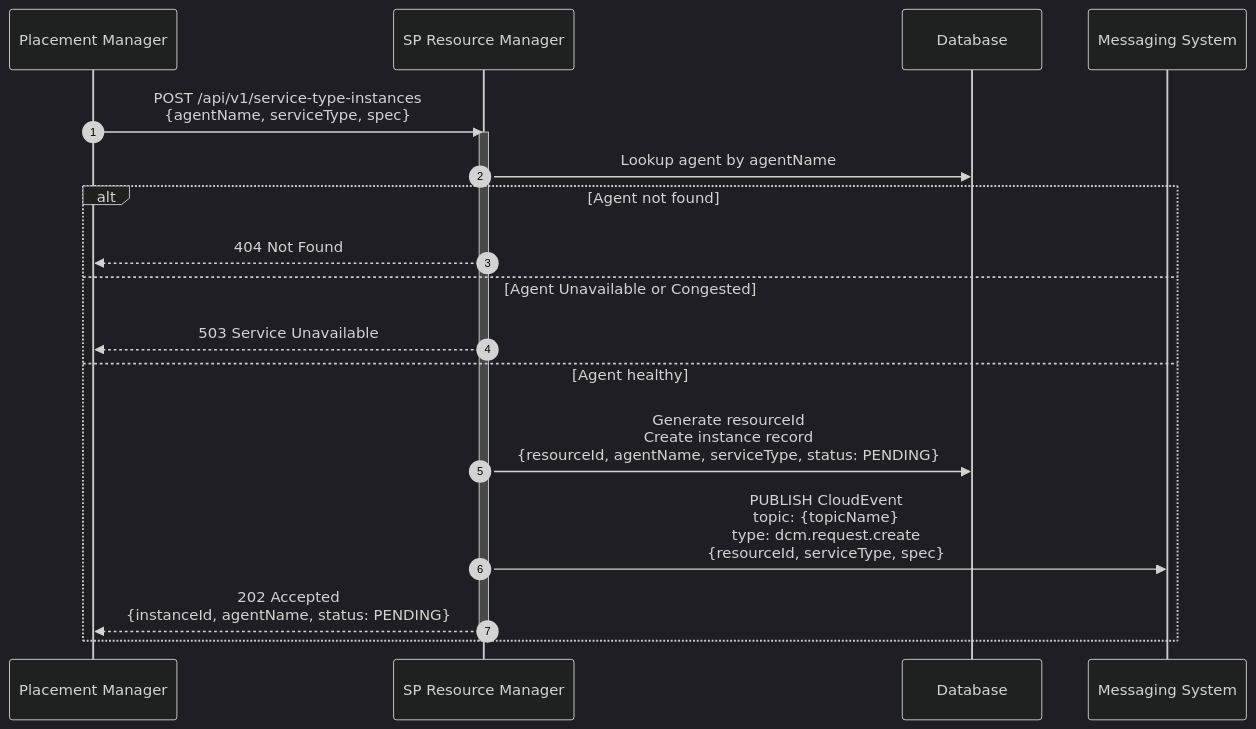
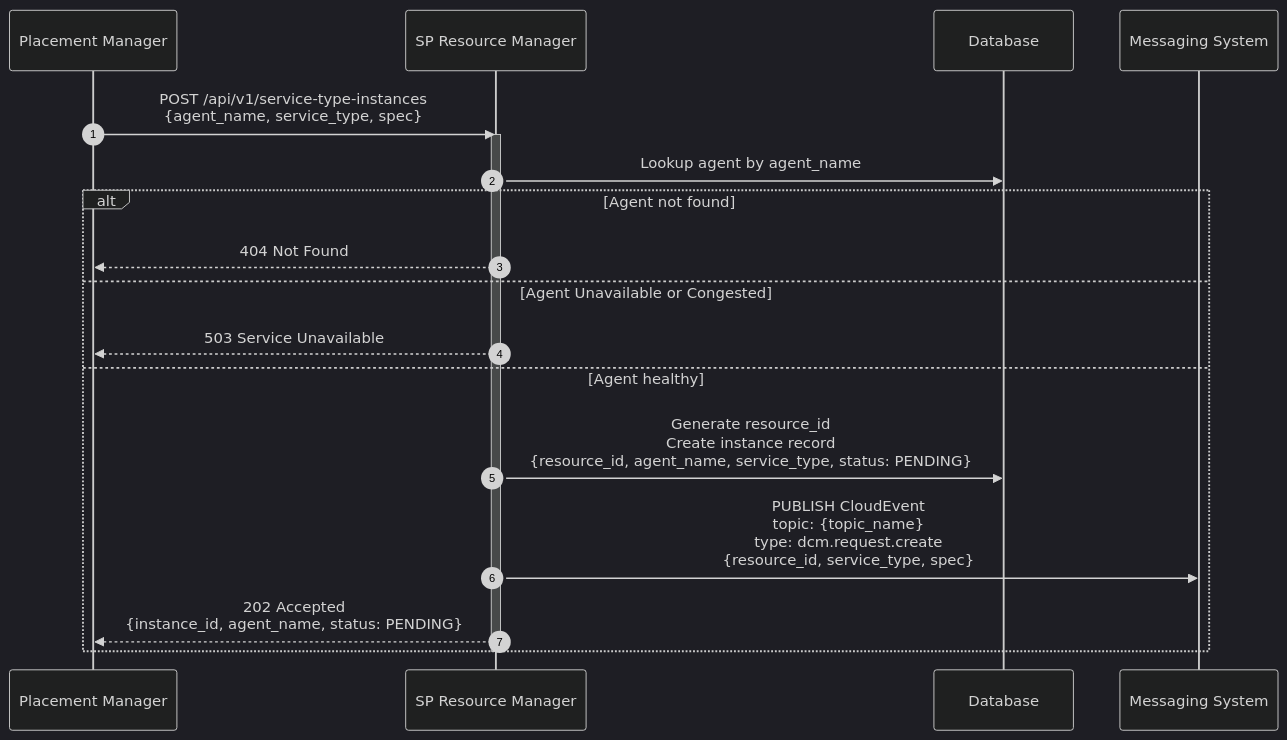
Before and after one commit to dcm-project/enhancements: the first of 3 diagrams in enhancements/sp-resource-manager/sp-resource-manager.md, drawn with Mermaid (dark theme). The commit also changed other lines of this file and 19 other files, not shown here.

````diff
--- a/enhancements/sp-resource-manager/sp-resource-manager.md
+++ b/enhancements/sp-resource-manager/sp-resource-manager.md
@@ -217,26 +217,26 @@
 ```mermaid
 sequenceDiagram
     autonumber
     participant PS as Placement Manager
     participant SPRM as SP Resource Manager
     participant DB as Database
     participant MS as Messaging System
 
-    PS->>SPRM: POST /api/v1/service-type-instances<br/>{agentName, serviceType, spec}
+    PS->>SPRM: POST /api/v1/service-type-instances<br/>{agent_name, service_type, spec}
     activate SPRM
 
-    SPRM->>DB: Lookup agent by agentName
+    SPRM->>DB: Lookup agent by agent_name
     alt Agent not found
         SPRM-->>PS: 404 Not Found
     else Agent Unavailable or Congested
         SPRM-->>PS: 503 Service Unavailable
 
     else Agent healthy
-        SPRM->>DB: Generate resourceId<br/>Create instance record<br/>{resourceId, agentName, serviceType, status: PENDING}
+        SPRM->>DB: Generate resource_id<br/>Create instance record<br/>{resource_id, agent_name, service_type, status: PENDING}
 
-        SPRM->>MS: PUBLISH CloudEvent<br/>topic: {topicName}<br/>type: dcm.request.create<br/>{resourceId, serviceType, spec}
+        SPRM->>MS: PUBLISH CloudEvent<br/>topic: {topic_name}<br/>type: dcm.request.create<br/>{resource_id, service_type, spec}
 
-        SPRM-->>PS: 202 Accepted<br/>{instanceId, agentName, status: PENDING}
+        SPRM-->>PS: 202 Accepted<br/>{instance_id, agent_name, status: PENDING}
     end
     deactivate SPRM
 ```
````
